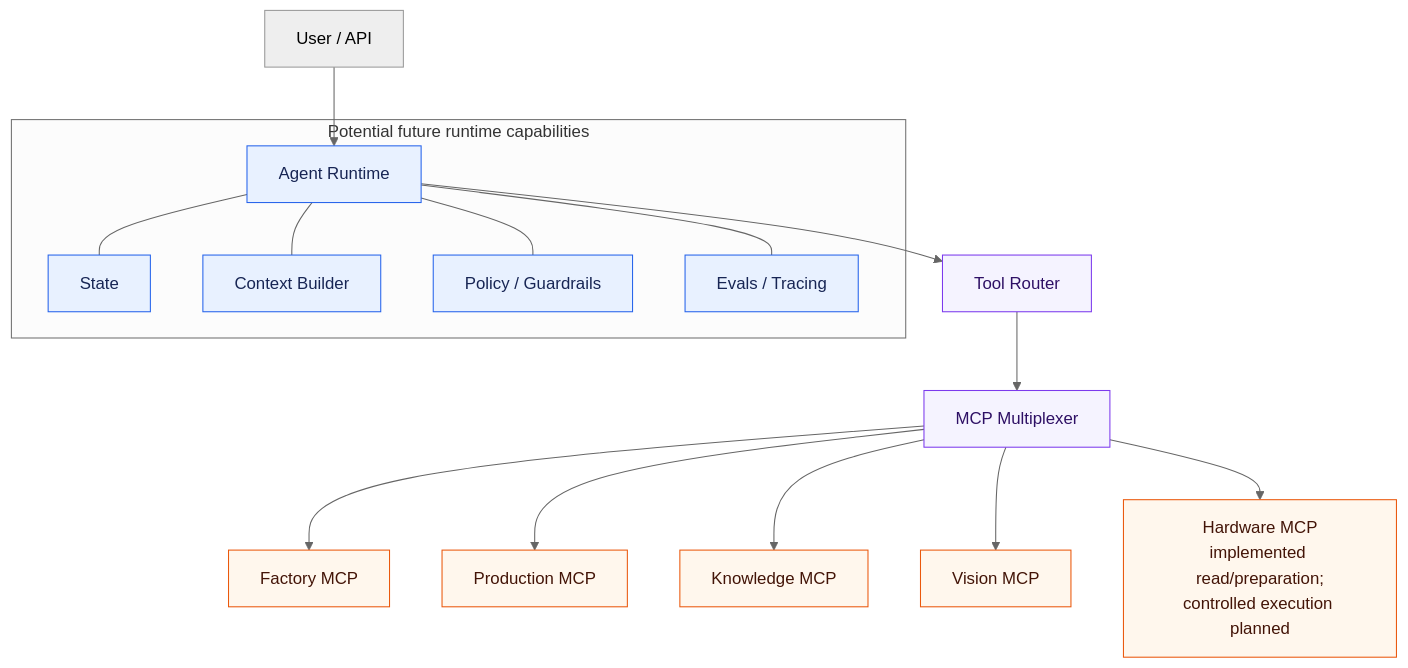
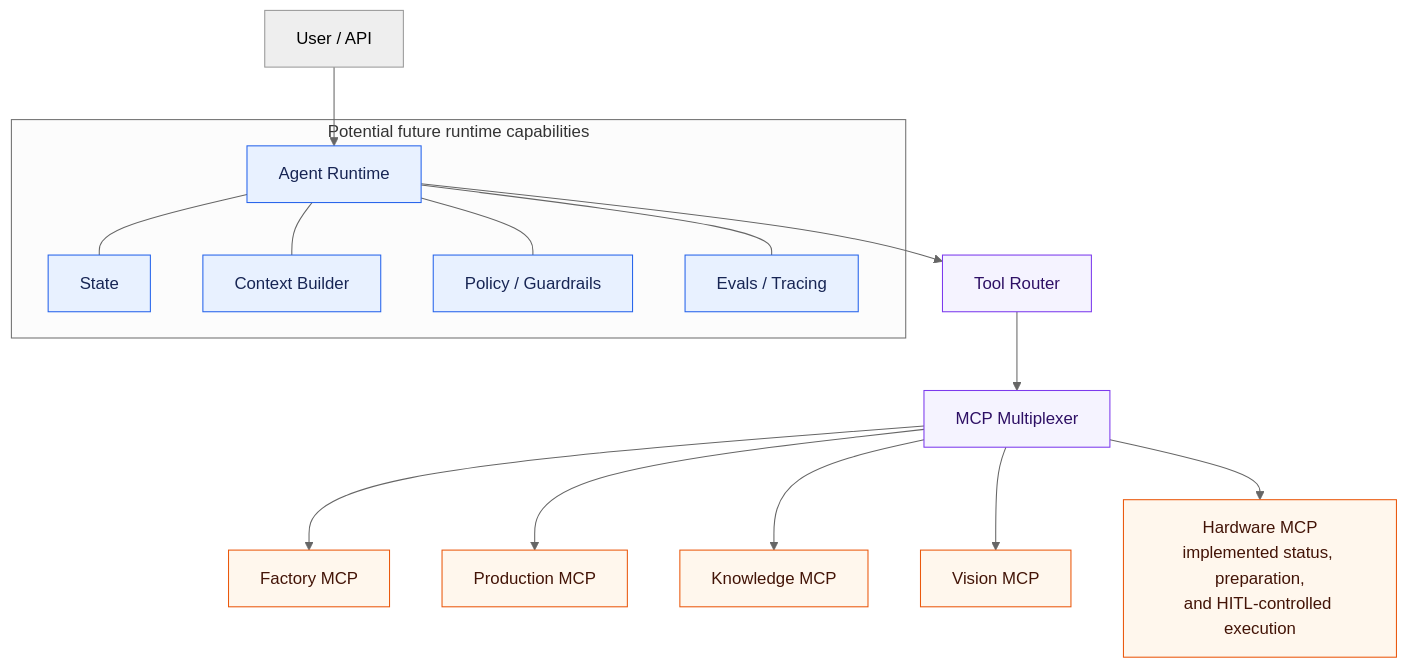
Before and after one commit to aboerzel/industrial-ai-agent: diagram 17 of 19 in docs/architecture/overview.md, drawn with Mermaid (neutral theme). The commit also changed other lines of this file and 18 other files, not shown here.

First line of the commit message:
feat: add trusted HITL hardware recovery execution

````diff
--- a/docs/architecture/overview.md
+++ b/docs/architecture/overview.md
@@ -1058,31 +1064,31 @@
 ```mermaid
 flowchart TD
     U["User / API"] --> AR["Agent Runtime"]
 
     subgraph Runtime["Potential future runtime capabilities"]
         AR
         State["State"]
         Context["Context Builder"]
         Policy["Policy / Guardrails"]
         Observability["Evals / Tracing"]
         AR --- State
         AR --- Context
         AR --- Policy
         AR --- Observability
     end
 
     AR --> Router["Tool Router"]
     Router --> Multiplexer["MCP Multiplexer"]
     Multiplexer --> Factory["Factory MCP"]
     Multiplexer --> Production["Production MCP"]
     Multiplexer --> Knowledge["Knowledge MCP"]
     Multiplexer --> Vision["Vision MCP"]
-    Multiplexer --> Hardware["Hardware MCP<br/>implemented read/preparation;<br/>controlled execution planned"]
+    Multiplexer --> Hardware["Hardware MCP<br/>implemented status, preparation,<br/>and HITL-controlled execution"]
 
     classDef runtime fill:#e8f1ff,stroke:#2563eb,color:#172554
     classDef routing fill:#f5f3ff,stroke:#7c3aed,color:#2e1065
     classDef service fill:#fff7ed,stroke:#ea580c,color:#431407
     class AR,State,Context,Policy,Observability runtime
     class Router,Multiplexer routing
     class Factory,Production,Knowledge,Vision,Hardware service
 ```
````
